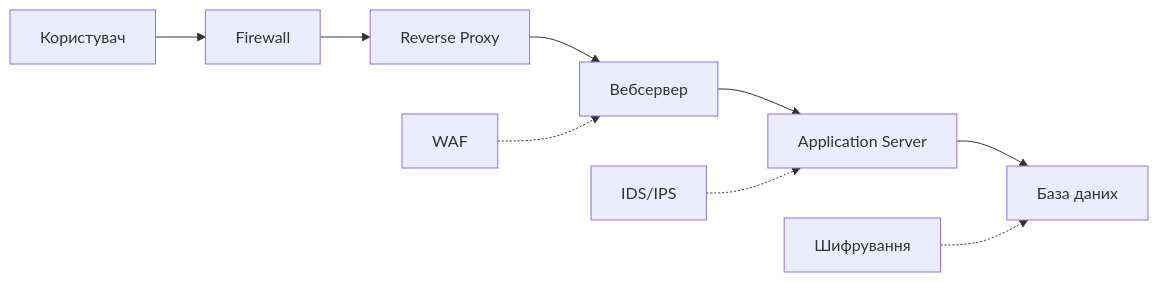
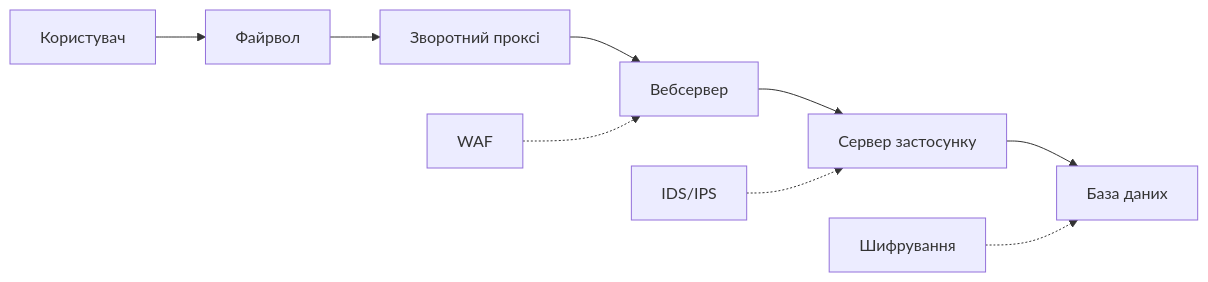
One commit to olroi421/course-opi-v2 changed the second of 3 diagrams in lectures/lecture-14.md. Above: the diagram before and after it, drawn with Mermaid. The commit also changed other lines of this file and 9 other files, not shown here.

````diff
--- a/lectures/lecture-14.md
+++ b/lectures/lecture-14.md
@@ -42,12 +56,12 @@
 ```mermaid
 graph LR
-    A[Користувач] --> B[Firewall]
-    B --> C[Reverse Proxy]
+    A[Користувач] --> B[Файрвол]
+    B --> C[Зворотний проксі]
     C --> D[Вебсервер]
-    D --> E[Application Server]
+    D --> E[Сервер застосунку]
     E --> F[База даних]
-    
+
     G[WAF] -.-> D
     H[IDS/IPS] -.-> E
     I[Шифрування] -.-> F
 ```
````
